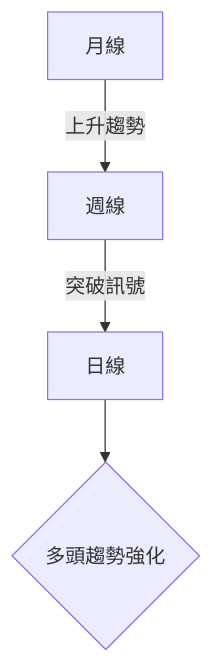
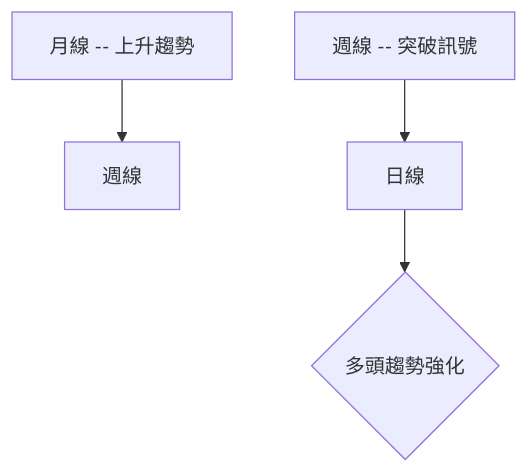
The second of 10 diagrams in ai_gen_report/stock/0050/technical_analysis_2026-04-09_openai.md (yennanliu/finance_data), drawn with Mermaid before and after one commit. The commit also changed other lines of this file and 2258 other files, not shown here.

First line of the commit message:
chore: backfill Mermaid syntax repair across existing reports

````diff
--- a/ai_gen_report/stock/0050/technical_analysis_2026-04-09_openai.md
+++ b/ai_gen_report/stock/0050/technical_analysis_2026-04-09_openai.md
@@ -89,6 +89,6 @@
 ```mermaid
 graph TD
-    月線 -- 上升趨勢 --> 週線
-    週線 -- 突破訊號 --> 日線
+    nb1["月線 -- 上升趨勢"] --> 週線
+    nb2["週線 -- 突破訊號"] --> 日線
     日線 --> 結論{"多頭趨勢強化"}
 ```
````
